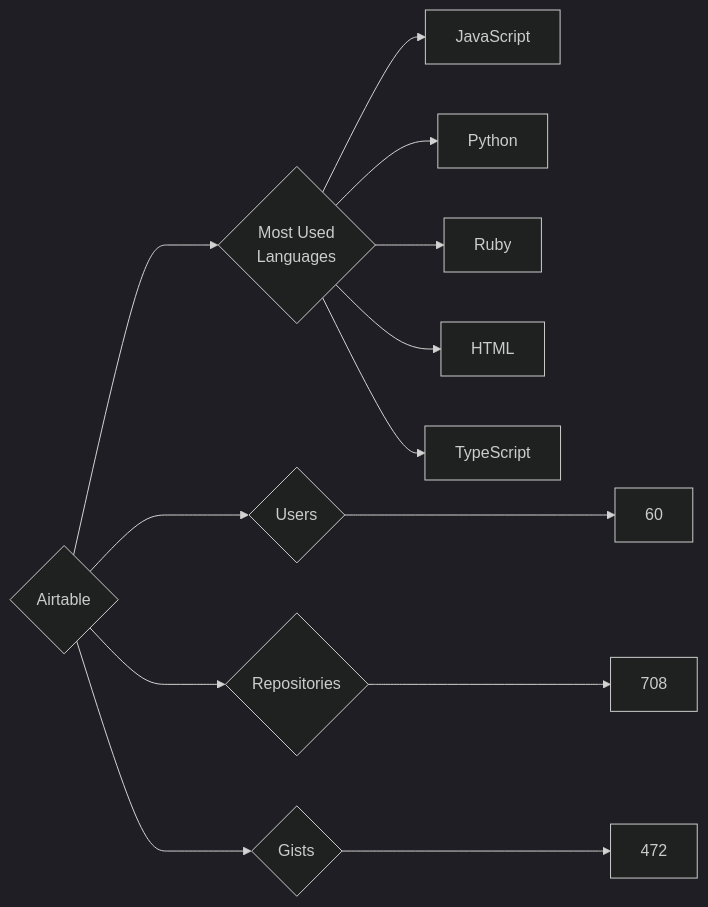
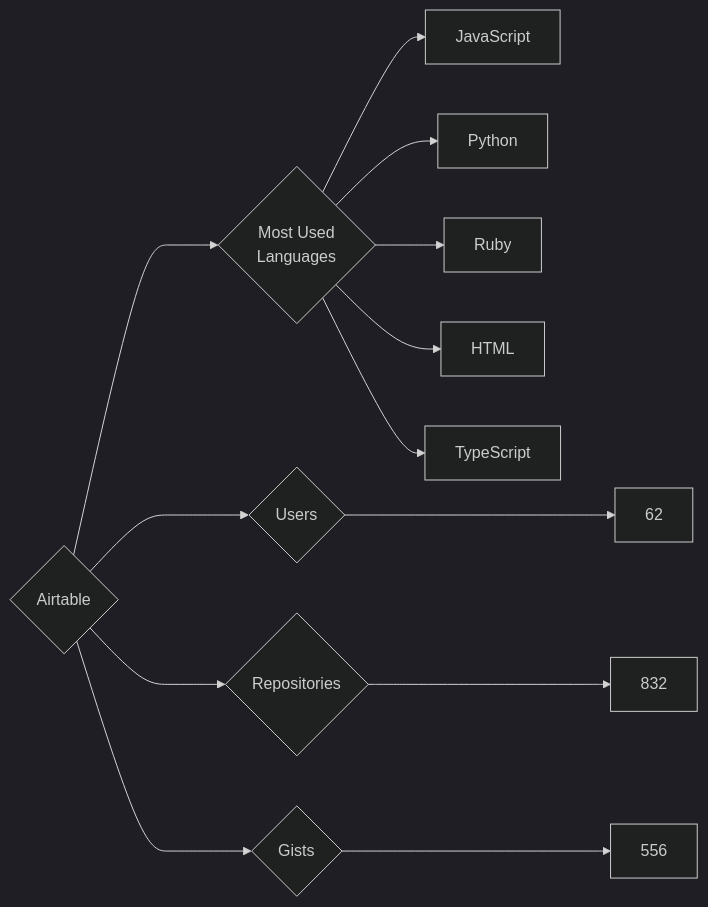
One commit to trickest/insiders changed the diagram in targets/Airtable/README.md. Above: the diagram before and after it, drawn with Mermaid (dark theme). The commit also changed 951 other files, not shown here.

````diff
--- a/targets/Airtable/README.md
+++ b/targets/Airtable/README.md
@@ -3,13 +3,13 @@
 ```mermaid
 graph LR
 COMPANY_NAME{Airtable}
-COMPANY_NAME ---> U{Users} ---> UN[60]
-COMPANY_NAME ---> R{Repositories} ---> RN[708]
-COMPANY_NAME ---> G{Gists} ---> GN[472]
+COMPANY_NAME ---> U{Users} ---> UN[62]
+COMPANY_NAME ---> R{Repositories} ---> RN[832]
+COMPANY_NAME ---> G{Gists} ---> GN[556]
 COMPANY_NAME ---> ML{Most Used<br>Languages}
-ML --> JavaScript
-ML --> Python
-ML --> Ruby
-ML --> HTML
-ML --> TypeScript
+ML --> JavaScript[JavaScript]
+ML --> Python[Python]
+ML --> Ruby[Ruby]
+ML --> HTML[HTML]
+ML --> TypeScript[TypeScript]
 ```
````
